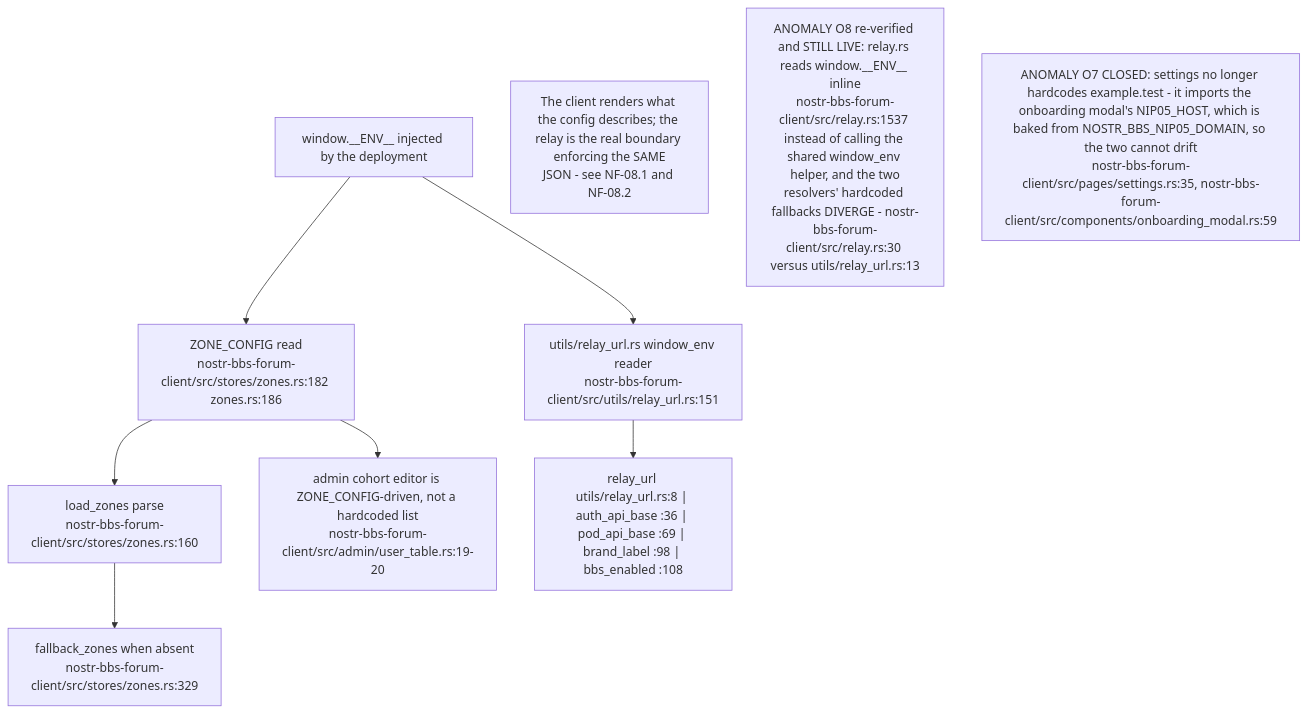
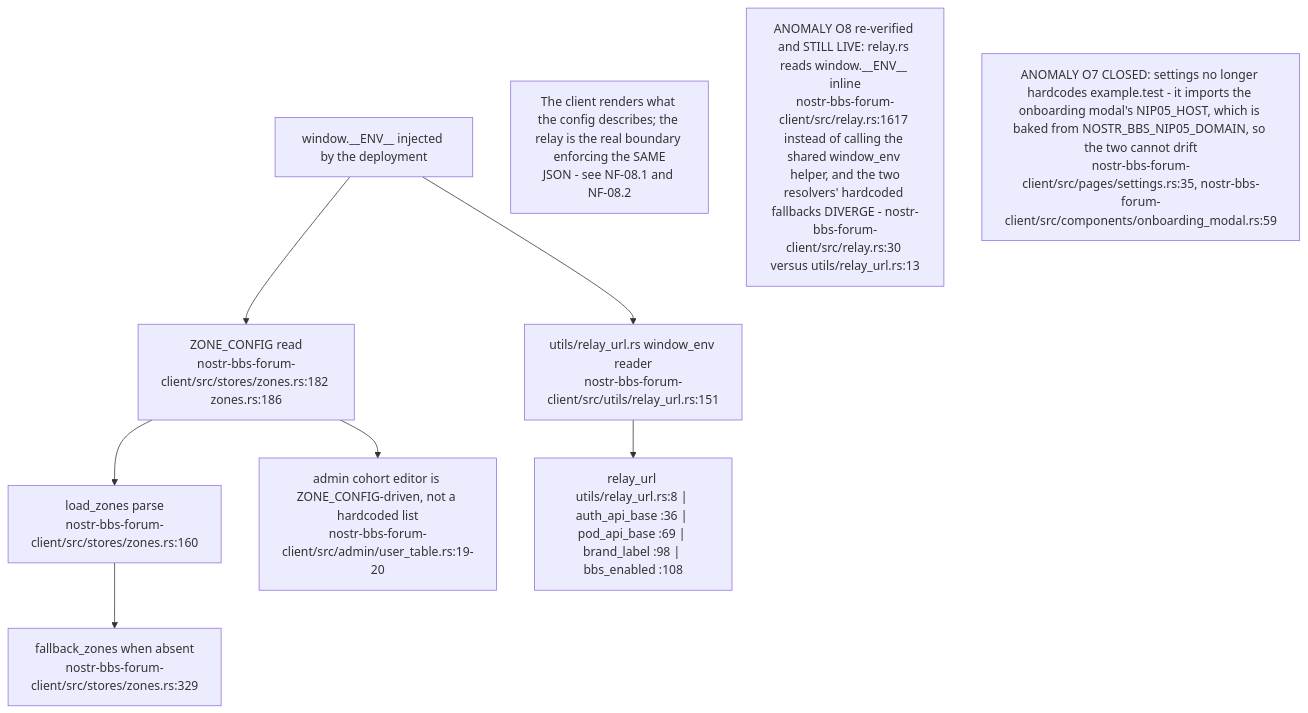
Before and after one commit to DreamLab-AI/VisionFlow: the seventh of 20 diagrams in docs/diagrams/nostr-rust-forum/05-leptos-clients-onboarding-messaging-governance.md, drawn with Mermaid. The commit also changed other lines of this file and 1 other file, not shown here.

First line of the commit message:
WIP diagrams/kit-fold: re-stamp NF-05 and NF-10 to fd31193, close O21, fold kit register items

````diff
--- a/docs/diagrams/nostr-rust-forum/05-leptos-clients-onboarding-messaging-governance.md
+++ b/docs/diagrams/nostr-rust-forum/05-leptos-clients-onboarding-messaging-governance.md
@@ -278,18 +282,18 @@
 ```mermaid
 flowchart TB
     ENV["window.__ENV__ injected by the deployment"]
     ZC["ZONE_CONFIG read<br/>nostr-bbs-forum-client/src/stores/zones.rs:182 zones.rs:186"]
     LOAD["load_zones parse<br/>nostr-bbs-forum-client/src/stores/zones.rs:160"]
     FB["fallback_zones when absent<br/>nostr-bbs-forum-client/src/stores/zones.rs:329"]
     URLS["utils/relay_url.rs window_env reader<br/>nostr-bbs-forum-client/src/utils/relay_url.rs:151"]
     R["relay_url utils/relay_url.rs:8 | auth_api_base :36 | pod_api_base :69 | brand_label :98 | bbs_enabled :108"]
     COH["admin cohort editor is ZONE_CONFIG-driven, not a hardcoded list<br/>nostr-bbs-forum-client/src/admin/user_table.rs:19-20"]
 
     ENV --> ZC --> LOAD --> FB
     ENV --> URLS --> R
     ZC --> COH
 
     N1["The client renders what the config describes; the relay is the real boundary enforcing the SAME<br/>JSON - see NF-08.1 and NF-08.2"]
-    N2["ANOMALY O8 re-verified and STILL LIVE: relay.rs reads window.__ENV__ inline<br/>nostr-bbs-forum-client/src/relay.rs:1537 instead of calling the shared window_env helper, and the two<br/>resolvers' hardcoded fallbacks DIVERGE - nostr-bbs-forum-client/src/relay.rs:30 versus utils/relay_url.rs:13"]
+    N2["ANOMALY O8 re-verified and STILL LIVE: relay.rs reads window.__ENV__ inline<br/>nostr-bbs-forum-client/src/relay.rs:1617 instead of calling the shared window_env helper, and the two<br/>resolvers' hardcoded fallbacks DIVERGE - nostr-bbs-forum-client/src/relay.rs:30 versus utils/relay_url.rs:13"]
     N3["ANOMALY O7 CLOSED: settings no longer hardcodes example.test - it imports the onboarding modal's NIP05_HOST, which is baked from NOSTR_BBS_NIP05_DOMAIN, so the two cannot drift<br/>nostr-bbs-forum-client/src/pages/settings.rs:35, nostr-bbs-forum-client/src/components/onboarding_modal.rs:59"]
 ```
````
